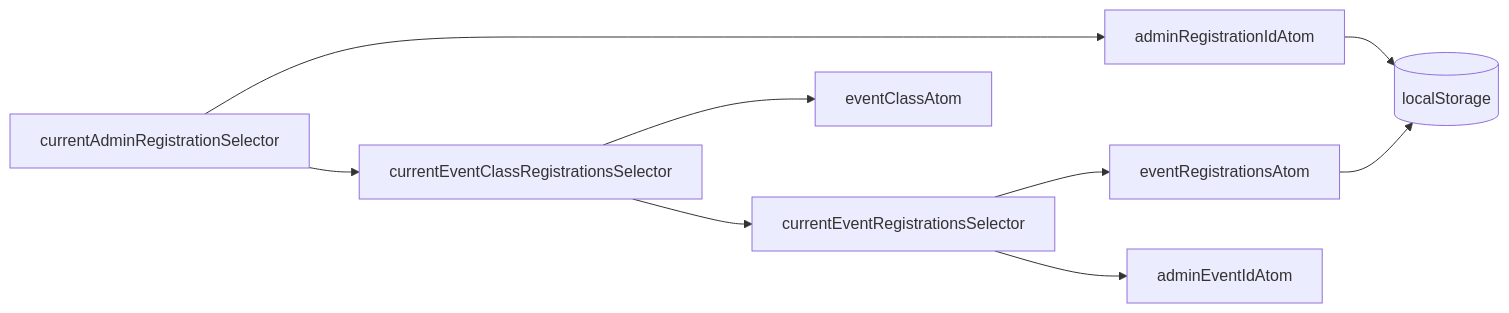
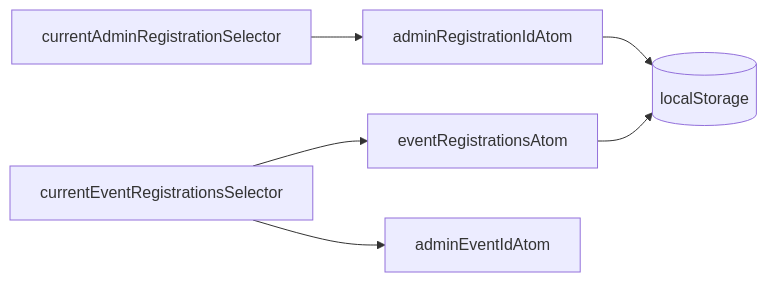
The fourth of 4 diagrams in koekalenteri-frontend/src/pages/admin/recoil/README.md (koekalenteri/koekalenteri), drawn with Mermaid before and after one commit. The commit also changed 38 other files, not shown here.

Commit message:
fix: admin event registration dialog (KOE-581, KOE-437)

````diff
--- a/koekalenteri-frontend/src/pages/admin/recoil/README.md
+++ b/koekalenteri-frontend/src/pages/admin/recoil/README.md
@@ -67,16 +67,12 @@
 ```mermaid
 graph LR
   adminRegistrationIdAtom-->storageEffect
   eventRegistrationsAtom-->storageEffect
 
   storageEffect[(localStorage)]
 
   currentEventRegistrationsSelector-->adminEventIdAtom
   currentEventRegistrationsSelector-->eventRegistrationsAtom
 
-  currentEventClassRegistrationsSelector-->eventClassAtom
-  currentEventClassRegistrationsSelector-->currentEventRegistrationsSelector
-
   currentAdminRegistrationSelector-->adminRegistrationIdAtom
-  currentAdminRegistrationSelector-->currentEventClassRegistrationsSelector
 ```
````
